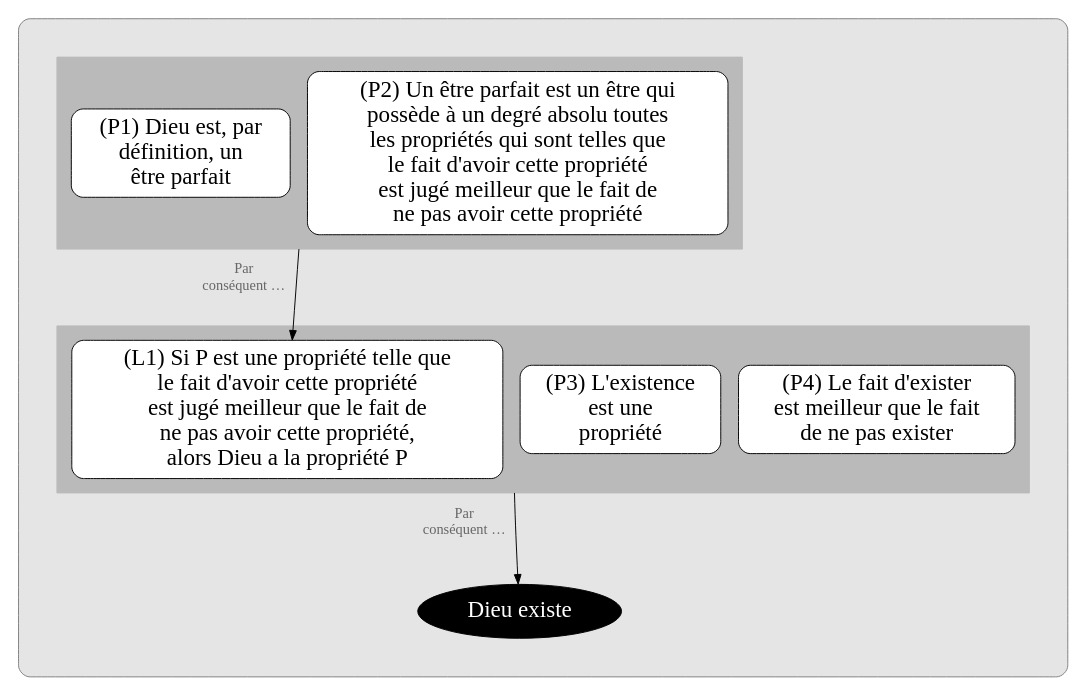
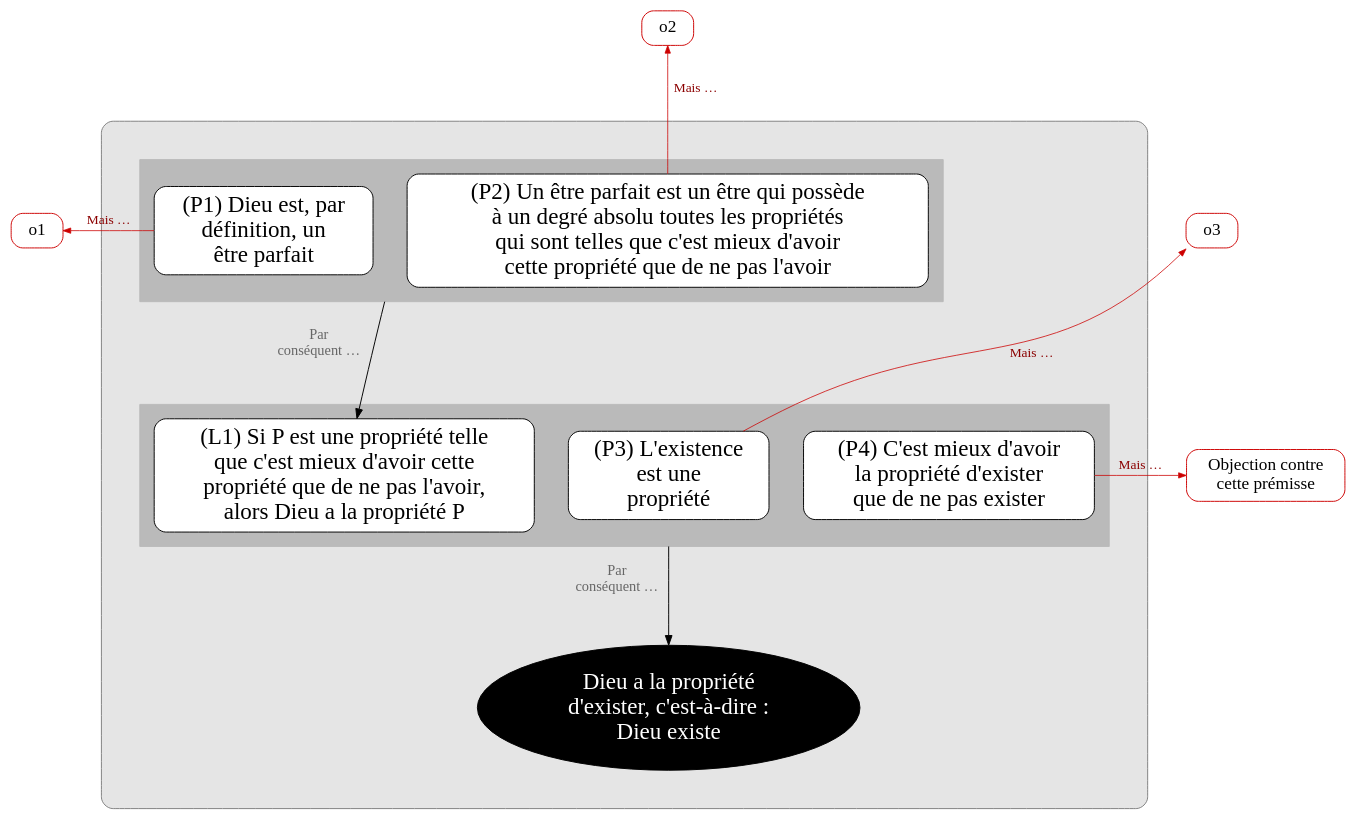
The diagram in argument/argument-ontologique1.dot (eyssette/graphviz-examples), drawn with Graphviz before and after one commit.

```diff
--- a/argument/argument-ontologique1.dot
+++ b/argument/argument-ontologique1.dot
@@ -1,86 +1,93 @@
 digraph G {
 splines=true
 newrank=true
 compound=true
 
 
-node[color=red3, style="rounded, filled", shape="circle", fillcolor=red3, penwidth=0.5, fontcolor=white, margin=0, size=1]
-//o1[label="o1"]
+node[color=red3, style="rounded, filled", shape="box", fillcolor=white, penwidth=1, fontcolor=black, fontsize=18, margin=0.1]
+
+o2[label="o2"]
+o1[label="o1"]
 
 node[shape=box, fillcolor=white, style="filled,rounded", color=black, fontsize=24, penwidth=1,fontcolor=black, margin=0.1]
-edge[minlen=2,color=red3, penwidth=0.8, arrowsize=0.8, label="Objection !", fontcolor=red4,fontsize=10]
-//{rank=same;o1->p1[dir=back]}
+
+edge[minlen=2,color=red3, penwidth=0.8, arrowsize=0.8, label=" Mais …", fontcolor=red4,fontsize=14]
+o2->p2[dir=back]
+{rank=same;o1->p1[dir=back]}
 
 
 subgraph cluster_0 {
 bgcolor=grey90
 style=rounded
 color=grey50
 margin=40
 
 
 
 node[shape=box, fillcolor=white, style="filled,rounded", color=black]
 edge[label="",xlabel="Par
 conséquent …",fontcolor=grey40;fontsize=15,minlen=3,color=black,penwidth=1, arrowsize=1]
 
 
 
 subgraph cluster_1 {
 style="box"
 margin=15
 bgcolor=grey73
 color=grey73
 p1[label="(P1) Dieu est, par
 définition, un
 être parfait"]
 
-p2[label="(P2) Un être parfait est un être qui
-possède à un degré absolu toutes
-les propriétés qui sont telles que
-le fait d'avoir cette propriété
-est jugé meilleur que le fait de
-ne pas avoir cette propriété"]
+p2[label="(P2) Un être parfait est un être qui possède
+à un degré absolu toutes les propriétés
+qui sont telles que c'est mieux d'avoir
+cette propriété que de ne pas l'avoir"]
 }
 
 
 subgraph cluster_2 {
 style="box"
 margin=15
 bgcolor=grey73
 color=grey73
-p3[label="(L1) Si P est une propriété telle que
-le fait d'avoir cette propriété
-est jugé meilleur que le fait de
-ne pas avoir cette propriété,
+l1[label="(L1) Si P est une propriété telle
+que c'est mieux d'avoir cette
+propriété que de ne pas l'avoir,
 alors Dieu a la propriété P"]
-p4[label="(P3) L'existence
+p3[label="(P3) L'existence
 est une
 propriété"]
-p5[label="(P4) Le fait d'exister
-est meilleur que le fait
-de ne pas exister"]
+p4[label="(P4) C'est mieux d'avoir
+la propriété d'exister
+que de ne pas exister"]
 }
 
 
 //p1->p2[style=invis,xlabel="",minlen=1]
 {rank=same;p1->p2[style=invis,xlabel="",minlen=1]}
-{rank=same;p3->p4->p5[style=invis,xlabel="",minlen=1]}
+{rank=same;l1->p3->p4[style=invis,xlabel="",minlen=1]}
 
-p2:w->p3[ltail=cluster_1]
+p2:w->l1[ltail=cluster_1]
 
-p4:w->C[ltail=cluster_2]
+p3:s->C[ltail=cluster_2]
 
 
 
-
-C[label="Dieu existe",fillcolor=black, fontcolor=white, color=black, shape=ellipse]
+C[label="Dieu a la propriété
+d'exister, c'est-à-dire :
+Dieu existe",fillcolor=black, fontcolor=white, color=black, shape=ellipse]
 
 
 }
 
-node[color=red3, style="rounded, filled", shape="circle", fillcolor=red3, penwidth=0.5, fontcolor=white, margin=0, size=1,fontsize=14]
-//o2[label="o2"]
-//{rank=same;p4->o2}
+node[color=red3, style="rounded, filled", shape="box", fillcolor=white, penwidth=1, fontcolor=black, fontsize=18, margin=0.1]
+o2->{o1,o3}[style=invis]
+o3
+{rank=same;p2->o3[style=invis]}
+o3:sw->p3[dir=back]
+o4[label="Objection contre
+cette prémisse"]
+{rank=same;p4->o4}
 
 }
```
